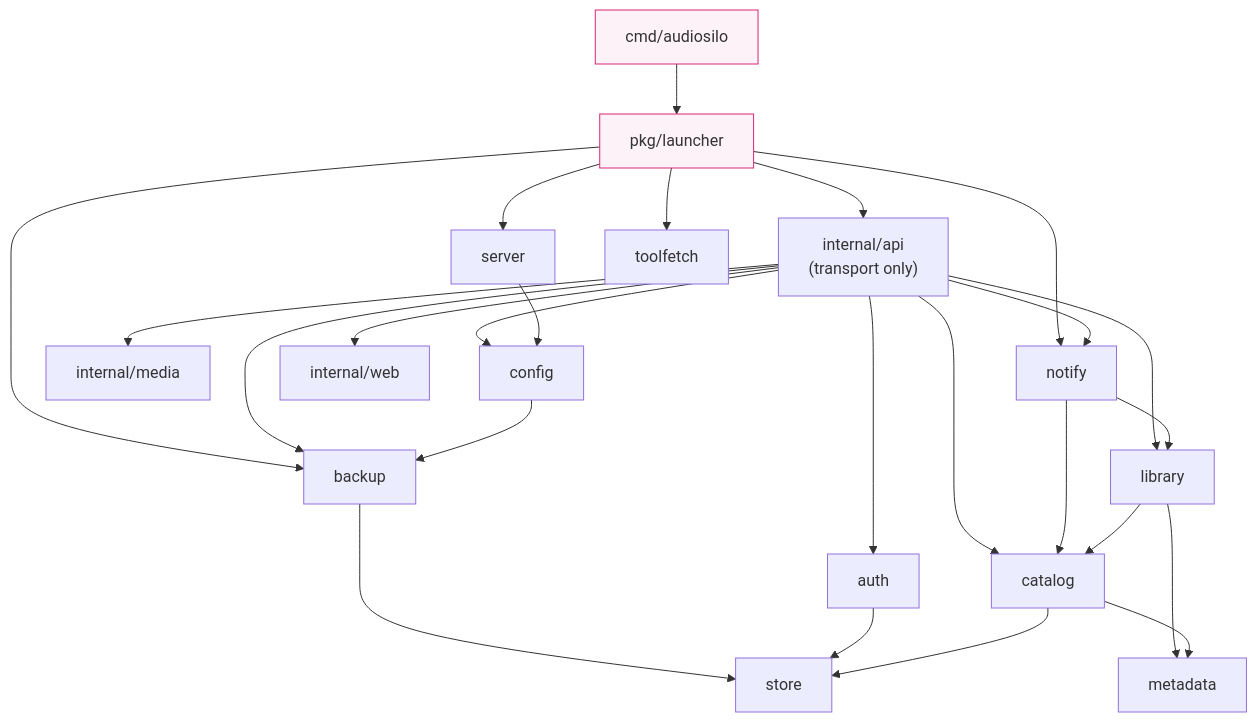
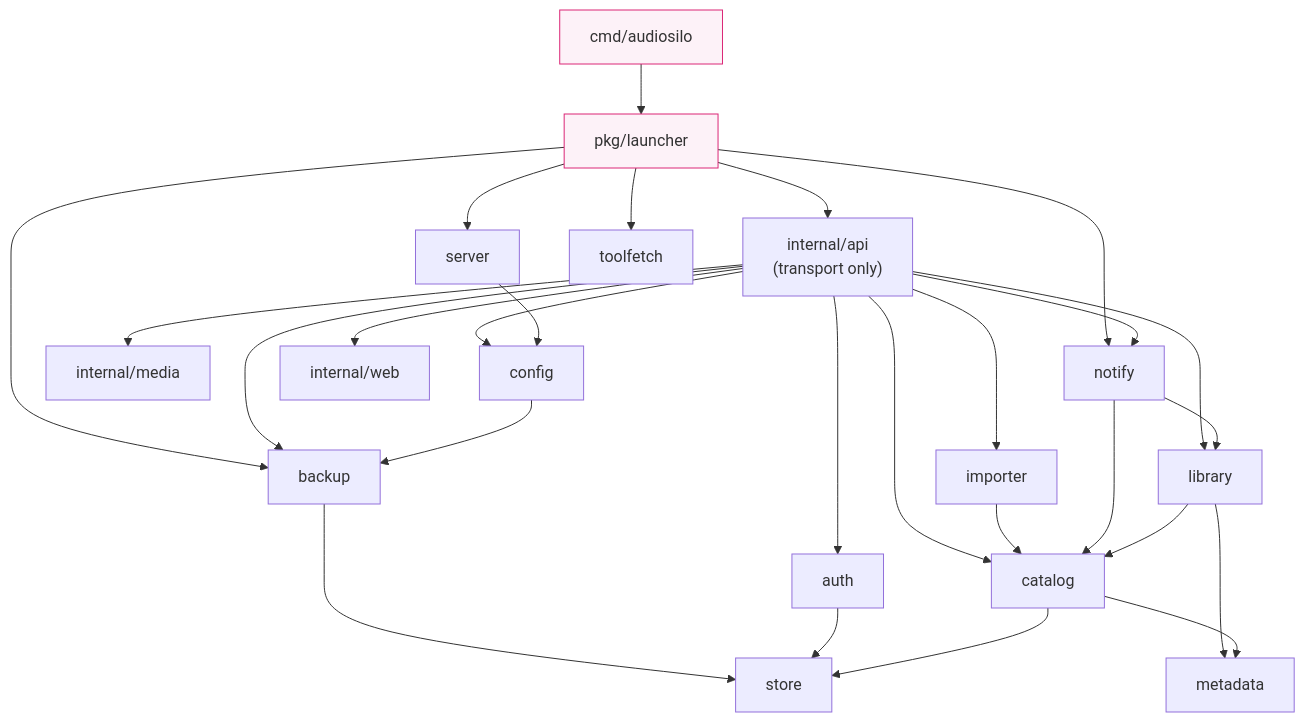
The diagram in docs-developers/server/overview.md (KodeStar/audiosilo-docs), drawn with Mermaid before and after one commit. The commit also changed other lines of this file and 12 other files, not shown here.

````diff
--- a/docs-developers/server/overview.md
+++ b/docs-developers/server/overview.md
@@ -228,19 +246,20 @@
 ```mermaid
 graph TD
   cmd["cmd/audiosilo"] --> launcher["pkg/launcher"]
   launcher --> api & server & toolfetch & backup & notify
-  api["internal/api<br/>(transport only)"] --> auth & catalog & library & media & config & web & backup & notify
+  api["internal/api<br/>(transport only)"] --> auth & catalog & library & media & config & web & backup & notify & importer
+  importer --> catalog
   server --> config
   config --> backup
   backup --> store
   notify --> catalog & library
   library --> catalog & metadata
   auth --> store
   catalog --> store
   catalog --> metadata
   web["internal/web"]
   media["internal/media"]
 
   classDef pub fill:#fdf2f8,stroke:#db2777;
   class launcher,cmd pub;
 ```
````
